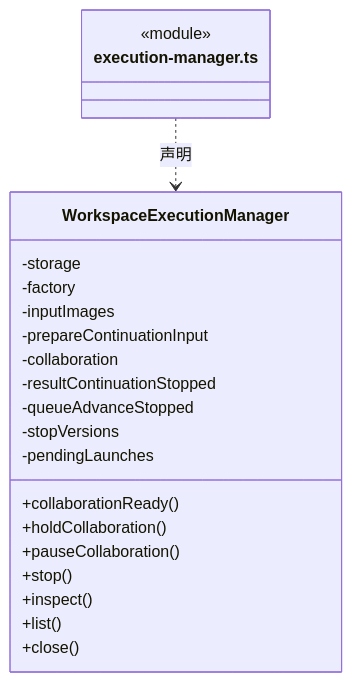
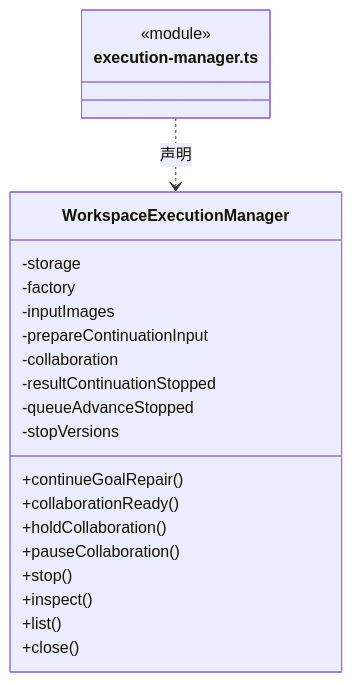
Before and after one commit to nan023062/cbim: the fourth of 12 diagrams in src/logic/conversation/runtime/ARCHITECTURE.md, drawn with Mermaid. The commit also changed other lines of this file and 139 other files, not shown here.

Commit message:
docs(architecture): add source reading paths and complete file inventories

````diff
--- a/src/logic/conversation/runtime/ARCHITECTURE.md
+++ b/src/logic/conversation/runtime/ARCHITECTURE.md
@@ -145,25 +149,25 @@
 ```mermaid
 classDiagram
 class N_src_logic_conversation_runtime_execution_manager_ts["execution-manager.ts"] {
   <<module>>
 }
 class N_src_logic_conversation_runtime_execution_manager_ts_WorkspaceExecutionManager["WorkspaceExecutionManager"] {
+  +continueGoalRepair()
   +collaborationReady()
   +holdCollaboration()
   +pauseCollaboration()
   +stop()
   +inspect()
   +list()
   +close()
   -storage
   -factory
   -inputImages
   -prepareContinuationInput
   -collaboration
   -resultContinuationStopped
   -queueAdvanceStopped
   -stopVersions
-  -pendingLaunches
 }
 N_src_logic_conversation_runtime_execution_manager_ts ..> N_src_logic_conversation_runtime_execution_manager_ts_WorkspaceExecutionManager : 声明
 ```
````
